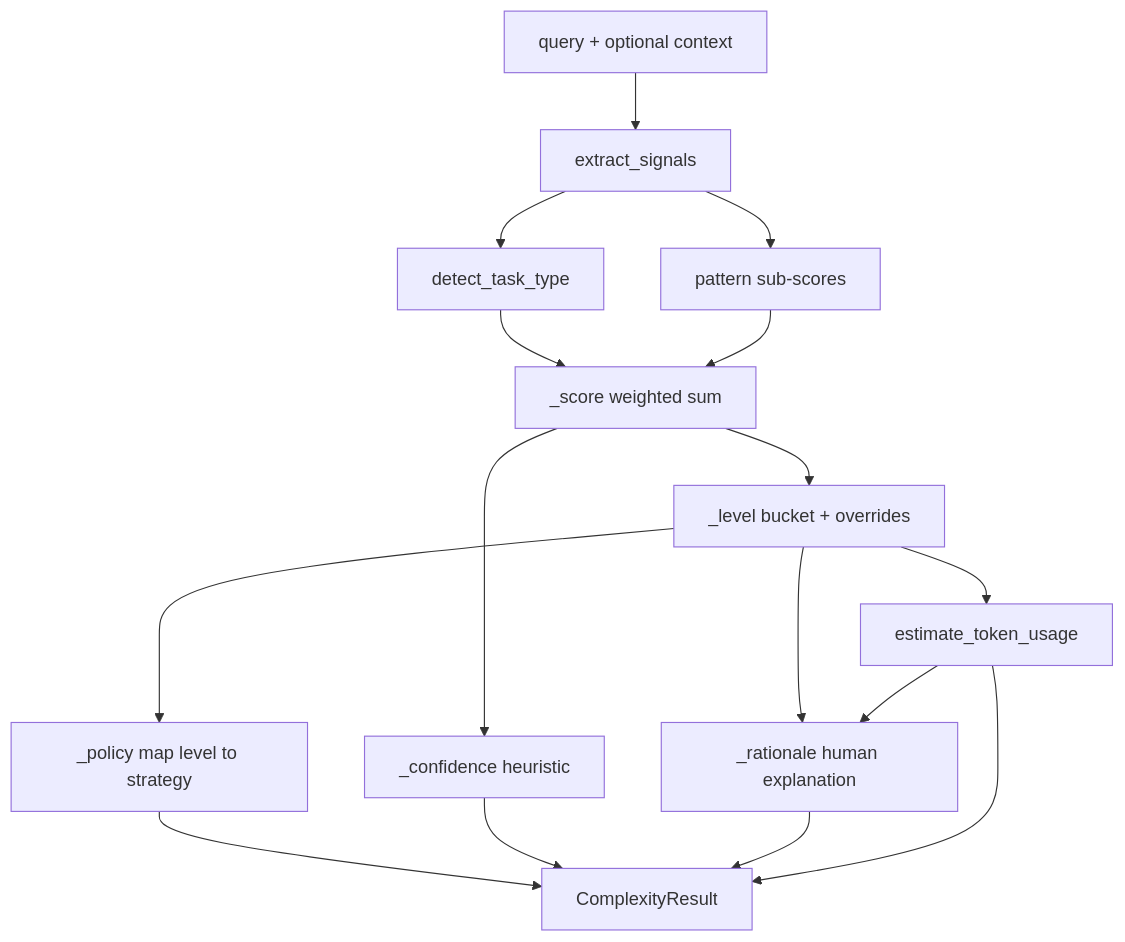
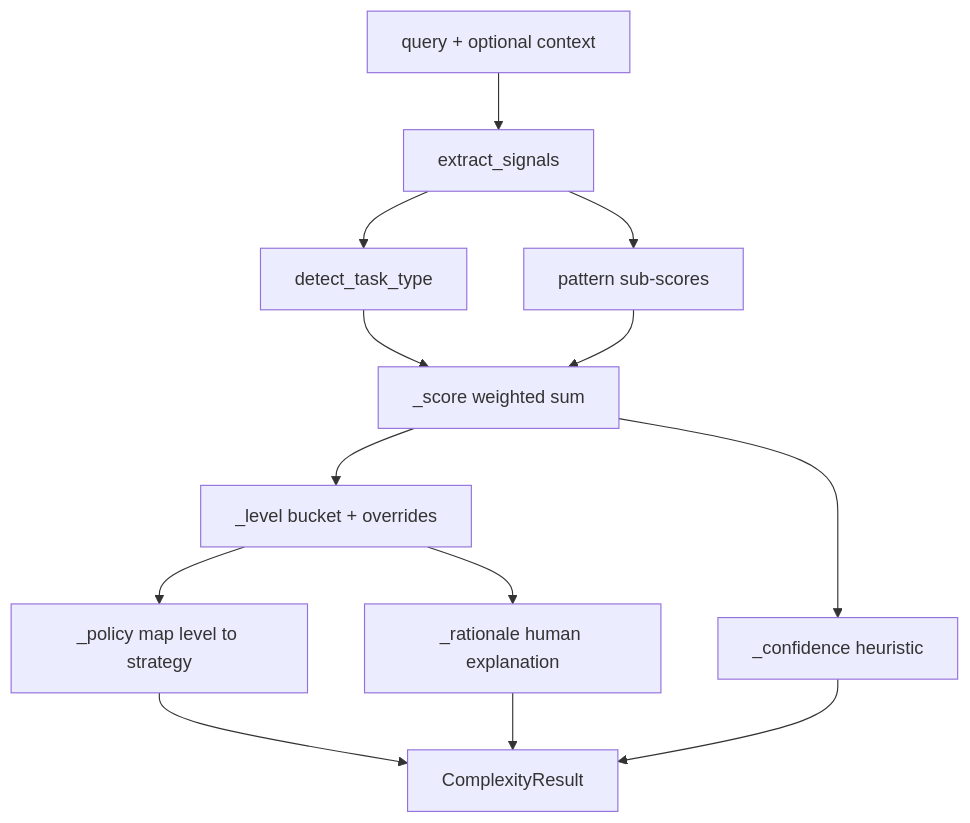
One commit to kaiumallimon/energy_efficient_llm_usage changed the diagram in src/analyzer/README.md. Above: the diagram before and after it, drawn with Mermaid. The commit also changed other lines of this file and 9 other files, not shown here.

````diff
--- a/src/analyzer/README.md
+++ b/src/analyzer/README.md
@@ -70,18 +65,15 @@
 ```mermaid
 flowchart TD
     A[query + optional context] --> B[extract_signals]
     B --> C[detect_task_type]
     B --> D[pattern sub-scores]
     C --> E[_score weighted sum]
     D --> E
     E --> F[_level bucket + overrides]
     F --> G[_policy map level to strategy]
-    F --> K[estimate_token_usage]
     E --> H[_confidence heuristic]
     F --> I[_rationale human explanation]
-    K --> I
     G --> J[ComplexityResult]
     H --> J
     I --> J
-    K --> J
 ```
````
